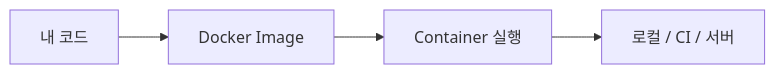
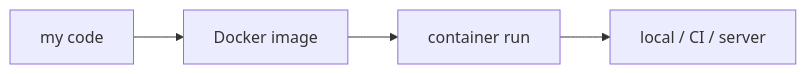
One commit to yeongseon-books/book-content changed the diagram in content/docker-101/ko/01-what-is-docker.md. Above: the diagram before and after it, drawn with Mermaid. The commit also changed other lines of this file and 9 other files, not shown here.

````diff
--- a/content/docker-101/ko/01-what-is-docker.md
+++ b/content/docker-101/ko/01-what-is-docker.md
@@ -35,6 +49,6 @@
 ```mermaid
 flowchart LR
-    Code["내 코드"] --> Image["Docker Image"]
-    Image --> Container["Container 실행"]
-    Container --> Anywhere["로컬 / CI / 서버"]
+    Code["my code"] --> Image["Docker image"]
+    Image --> Container["container run"]
+    Container --> Anywhere["local / CI / server"]
 ```
````
